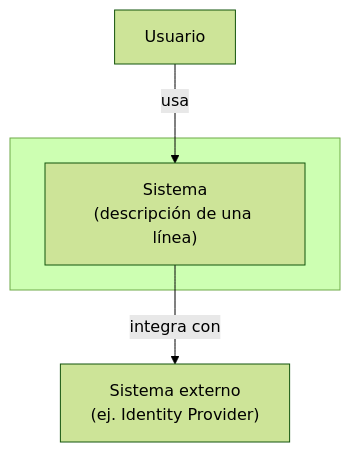
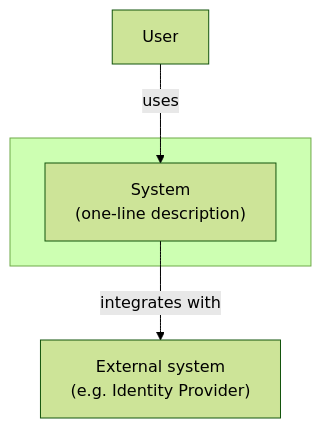
One commit to cristsr/agents changed the diagram in skills/architecture/SKILL.md. Above: the diagram before and after it, drawn with Mermaid (forest theme). The commit also changed other lines of this file and 63 other files, not shown here.

````diff
--- a/skills/architecture/SKILL.md
+++ b/skills/architecture/SKILL.md
@@ -134,10 +134,10 @@
 ```mermaid
 graph TB
-  usuario["Usuario"]
-  subgraph sistema["<PROJECT_NAME>"]
-    admin["Sistema<br/>(descripción de una línea)"]
+  user["User"]
+  subgraph system["<PROJECT_NAME>"]
+    admin["System<br/>(one-line description)"]
   end
-  externo["Sistema externo<br/>(ej. Identity Provider)"]
-  usuario -- "usa" --> admin
-  admin -- "integra con" --> externo
+  external["External system<br/>(e.g. Identity Provider)"]
+  user -- "uses" --> admin
+  admin -- "integrates with" --> external
 ```
````
